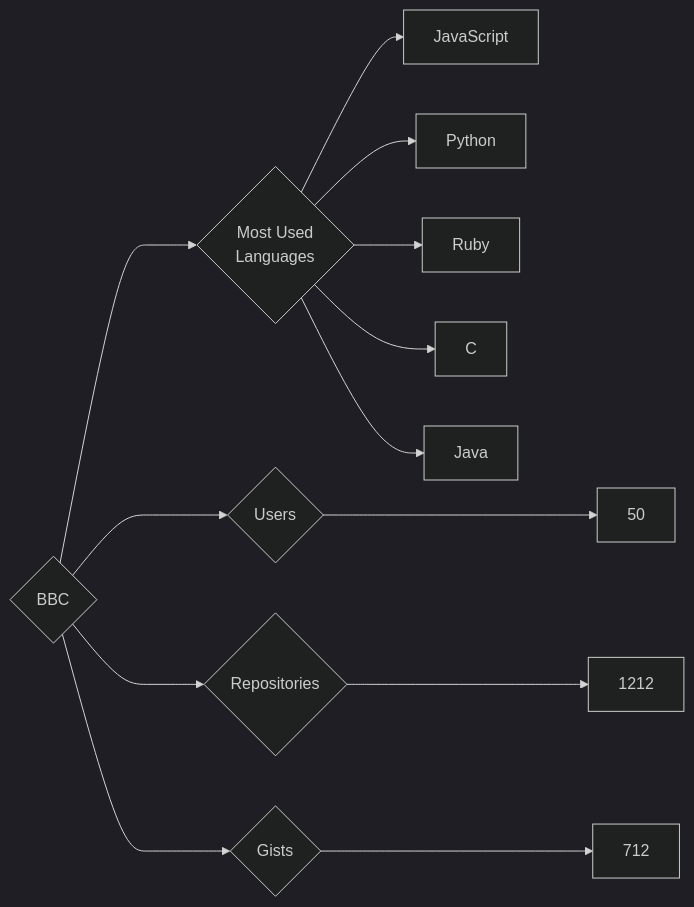
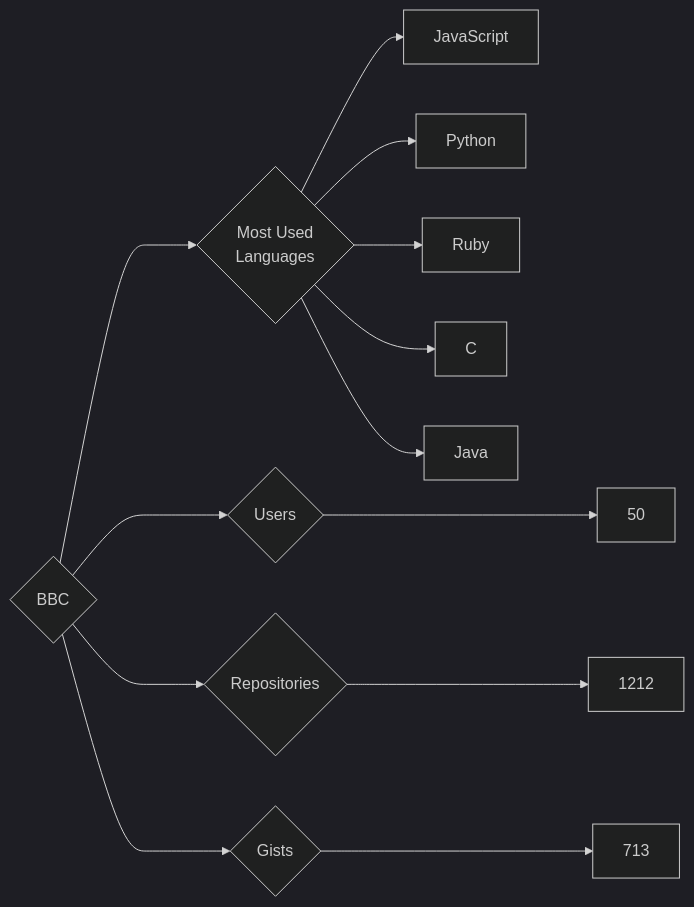
Before and after one commit to trickest/insiders: the diagram in targets/BBC/README.md, drawn with Mermaid (dark theme). The commit also changed 679 other files, not shown here.

````diff
--- a/targets/BBC/README.md
+++ b/targets/BBC/README.md
@@ -3,13 +3,13 @@
 ```mermaid
 graph LR
 COMPANY_NAME{BBC}
 COMPANY_NAME ---> U{Users} ---> UN[50]
 COMPANY_NAME ---> R{Repositories} ---> RN[1212]
-COMPANY_NAME ---> G{Gists} ---> GN[712]
+COMPANY_NAME ---> G{Gists} ---> GN[713]
 COMPANY_NAME ---> ML{Most Used<br>Languages}
 ML --> JavaScript[JavaScript]
 ML --> Python[Python]
 ML --> Ruby[Ruby]
 ML --> C[C]
 ML --> Java[Java]
 ```
````
